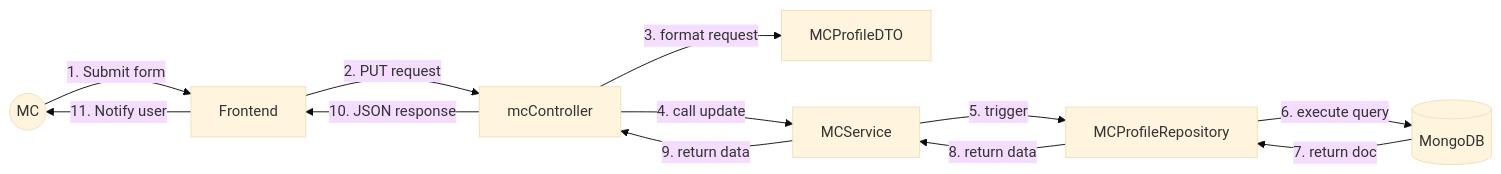
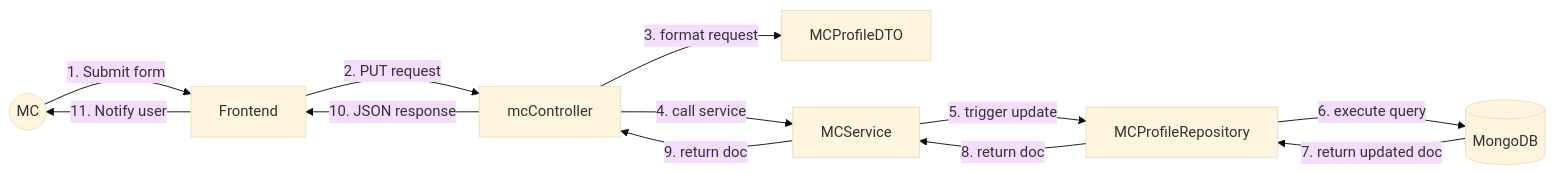
The third of 36 diagrams in UC_Backend_Design_Details.md (dat-21/SWD392), drawn with Mermaid (base theme) before and after one commit. The commit also changed other lines of this file, not shown here.

Commit message:
feat: Refactor design documentation by removing the general system architecture diagram and adding specific high-level design diagrams for individual use cases.

````diff
--- a/UC_Backend_Design_Details.md
+++ b/UC_Backend_Design_Details.md
@@ -97,14 +57,14 @@
 ```mermaid
 flowchart LR
     MC((MC)) -->|1. Submit form| FE[Frontend]
     FE -->|2. PUT request| Ctrl[mcController]
     Ctrl -->|3. format request| DTO[MCProfileDTO]
-    Ctrl -->|4. call update| Svc[MCService]
-    Svc -->|5. trigger| Repo[MCProfileRepository]
+    Ctrl -->|4. call service| Svc[MCService]
+    Svc -->|5. trigger update| Repo[MCProfileRepository]
     Repo -->|6. execute query| DB[(MongoDB)]
-    DB -->|7. return doc| Repo
-    Repo -->|8. return data| Svc
-    Svc -->|9. return data| Ctrl
+    DB -->|7. return updated doc| Repo
+    Repo -->|8. return doc| Svc
+    Svc -->|9. return doc| Ctrl
     Ctrl -->|10. JSON response| FE
     FE -->|11. Notify user| MC
 ```
````
